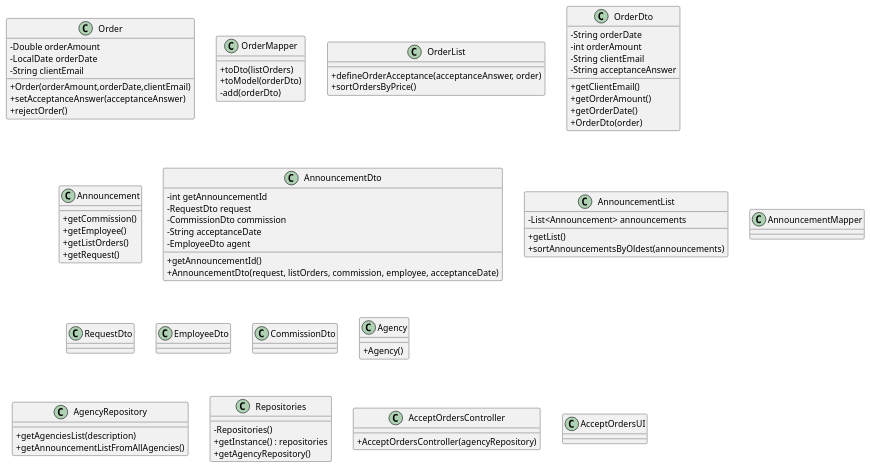
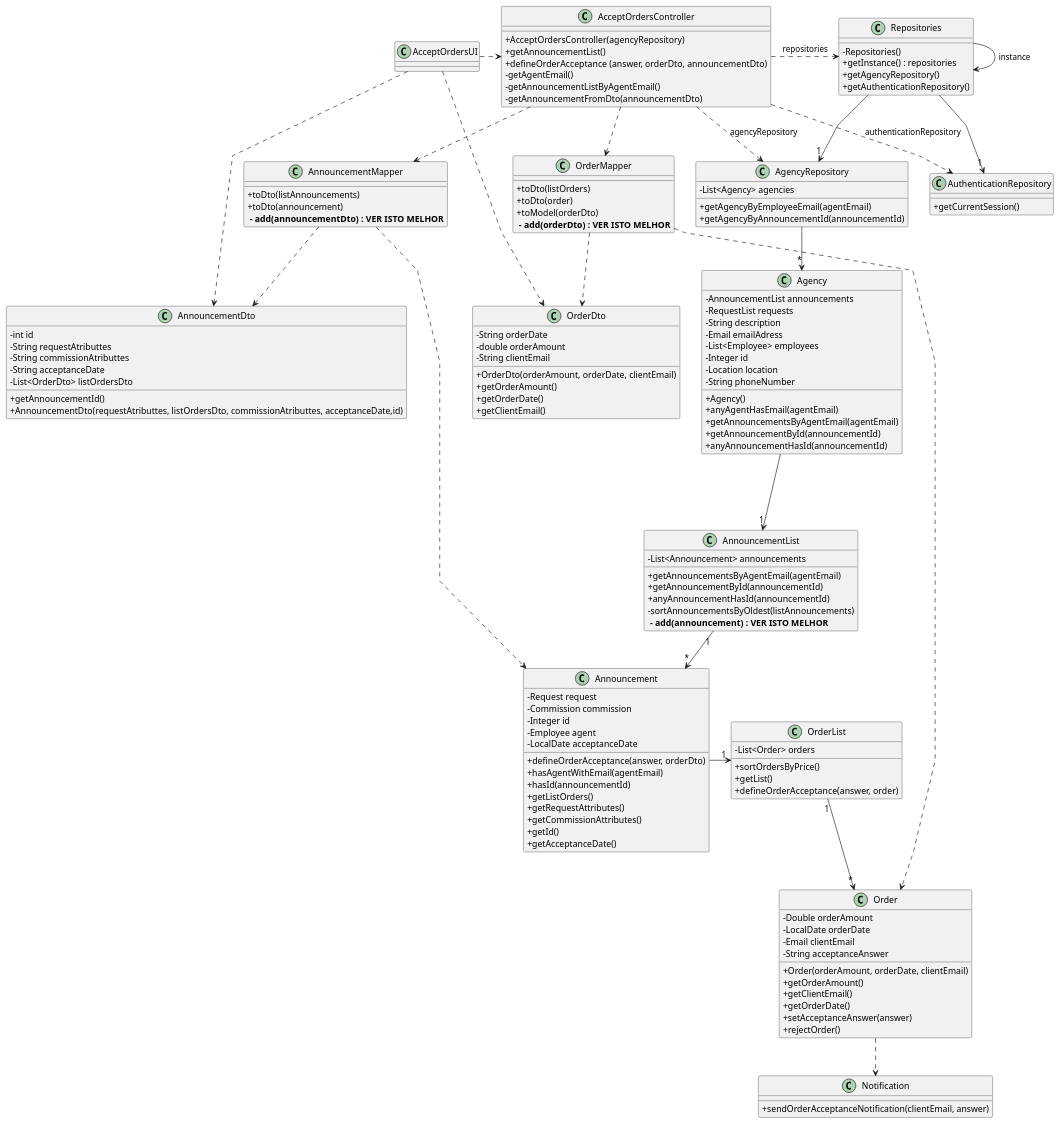
One commit to rita-barbosa/LAPR2-2223 changed the diagram in docs/sprintC/us011/03.design/puml/us011-class-diagram.puml. Above: the diagram before and after it, drawn with PlantUML.

Commit message:
Update class diagram [US011][Design]

```diff
--- a/docs/sprintC/us011/03.design/puml/us011-class-diagram.puml
+++ b/docs/sprintC/us011/03.design/puml/us011-class-diagram.puml
@@ -1,104 +1,162 @@
 @startuml
 'skinparam monochrome true
 skinparam packageStyle rectangle
 skinparam shadowing false
 skinparam linetype polyline
 'skinparam linetype orto
 
 skinparam classAttributeIconSize 0
 
-'left to right direction
+class Notification {
++ sendOrderAcceptanceNotification(clientEmail, answer)
+}
 
 class Order {
-- Double orderAmount
-- LocalDate orderDate
-- String clientEmail
-+ Order(orderAmount,orderDate,clientEmail)
-+ setAcceptanceAnswer(acceptanceAnswer)
-+ rejectOrder()
-
+    - Double orderAmount
+    - LocalDate orderDate
+    - Email clientEmail
+    - String acceptanceAnswer
+    + Order(orderAmount, orderDate, clientEmail)
+    + getOrderAmount()
+    + getClientEmail()
+    + getOrderDate()
+    + setAcceptanceAnswer(answer)
+    + rejectOrder()
 }
 
 class OrderMapper {
-+ toDto(listOrders)
-+ toModel(orderDto)
-- add(orderDto)
+    + toDto(listOrders)
+    + toDto(order)
+    + toModel(orderDto)
+    ** - add(orderDto) : VER ISTO MELHOR**
 }
+
 class OrderList {
-+ defineOrderAcceptance(acceptanceAnswer, order)
-+ sortOrdersByPrice()
+    - List<Order> orders
+    + sortOrdersByPrice()
+    + getList()
+    + defineOrderAcceptance(answer, order)
 }
 
 class OrderDto {
-- String orderDate
-- int orderAmount
-- String clientEmail
-- String acceptanceAnswer
-+ getClientEmail()
-+ getOrderAmount()
-+ getOrderDate()
-+ OrderDto(order)
+    - String orderDate
+    - double orderAmount
+    - String clientEmail
+    + OrderDto(orderAmount, orderDate, clientEmail)
+    + getOrderAmount()
+    + getOrderDate()
+    + getClientEmail()
 }
 
 class Announcement {
-+ getCommission()
-+ getEmployee()
-+ getListOrders()
-+ getRequest()
+    - Request request
+    - Commission commission
+    - Integer id
+    - Employee agent
+    - LocalDate acceptanceDate
+    + defineOrderAcceptance(answer, orderDto)
+    + hasAgentWithEmail(agentEmail)
+    + hasId(announcementId)
+    + getListOrders()
+    + getRequestAttributes()
+    + getCommissionAttributes()
+    + getId()
+    + getAcceptanceDate()
 }
 
 class AnnouncementDto {
-- int getAnnouncementId
-- RequestDto request
-- CommissionDto commission
-- String acceptanceDate
-- EmployeeDto agent
-+ getAnnouncementId()
-+ AnnouncementDto(request, listOrders, commission, employee, acceptanceDate)
+    - int id
+    - String requestAtributtes
+    - String commissionAtributtes
+    - String acceptanceDate
+    - List<OrderDto> listOrdersDto
+    + getAnnouncementId()
+    + AnnouncementDto(requestAtributtes, listOrdersDto, commissionAtributtes, acceptanceDate,id)
 }
 
 class AnnouncementList {
-- List<Announcement> announcements
-+ getList()
-+ sortAnnouncementsByOldest(announcements)
+    - List<Announcement> announcements
+    + getAnnouncementsByAgentEmail(agentEmail)
+    + getAnnouncementById(announcementId)
+    + anyAnnouncementHasId(announcementId)
+    - sortAnnouncementsByOldest(listAnnouncements)
+    ** - add(announcement) : VER ISTO MELHOR**
 }
+
 class AnnouncementMapper {
+    + toDto(listAnnouncements)
+    + toDto(announcement)
+    ** - add(announcementDto) : VER ISTO MELHOR**
+}
 
-}
-class RequestDto {
-
-}
-class EmployeeDto{
-
-}
-class CommissionDto{
-
-}
 class Agency {
+    - AnnouncementList announcements
+    - RequestList requests
+    - String description
+    - Email emailAdress
+    - List<Employee> employees
+    - Integer id
+    - Location location
+    - String phoneNumber
     + Agency()
+    + anyAgentHasEmail(agentEmail)
+    + getAnnouncementsByAgentEmail(agentEmail)
+    + getAnnouncementById(announcementId)
+    + anyAnnouncementHasId(announcementId)
 }
 
 class AgencyRepository {
-    + getAgenciesList(description)
-    + getAnnouncementListFromAllAgencies()
+    - List<Agency> agencies
+    + getAgencyByEmployeeEmail(agentEmail)
+    + getAgencyByAnnouncementId(announcementId)
 }
-
+class AuthenticationRepository{
+ + getCurrentSession()
+}
 
 class Repositories {
     - Repositories()
     + getInstance() : repositories
     + getAgencyRepository()
+    + getAuthenticationRepository()
+
 }
 
 class AcceptOrdersController {
     + AcceptOrdersController(agencyRepository)
-
+    + getAnnouncementList()
+    + defineOrderAcceptance (answer, orderDto, announcementDto)
+    - getAgentEmail()
+    - getAnnouncementListByAgentEmail()
+    - getAnnouncementFromDto(announcementDto)
 }
 
 
 class AcceptOrdersUI {
 }
 
+Repositories -> Repositories : instance
+
+AcceptOrdersUI .> AcceptOrdersController
+AcceptOrdersController .> Repositories : repositories
+AcceptOrdersController .-> AgencyRepository : agencyRepository
+AcceptOrdersController .-> AuthenticationRepository :  authenticationRepository
+AcceptOrdersController .-> AnnouncementMapper
+AnnouncementMapper .-> AnnouncementDto
+AnnouncementMapper .> Announcement
+AcceptOrdersController .-> OrderMapper
+OrderMapper .-> OrderDto
+OrderMapper.> Order
+AcceptOrdersUI .> AnnouncementDto
+AcceptOrdersUI .> OrderDto
+Repositories --> "1" AuthenticationRepository
+Repositories --> "1" AgencyRepository
+AgencyRepository --> "*" Agency
+Agency ---> "1" AnnouncementList
+AnnouncementList "1" --> "*" Announcement
+Announcement -> "1" OrderList
+OrderList "1" --> "*" Order
+Order .-> Notification
 
 
 @enduml
```
